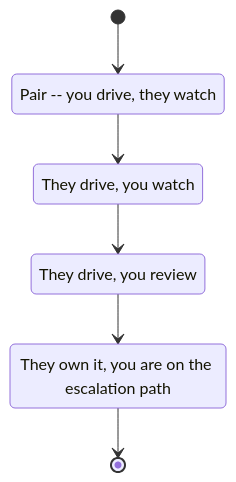
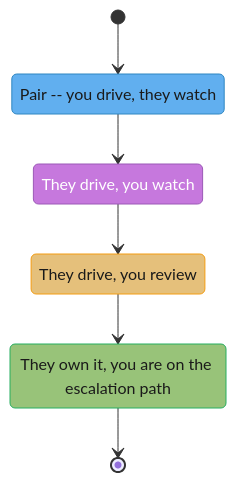
One commit to rppol/system-design changed the second of 3 diagrams in src/main/java/com/rutik/systemdesign/soft_skills/mentorship_and_sponsorship/mentorship_and_sponsorship.md. Above: the diagram before and after it, drawn with Mermaid. The commit also changed 655 other files, not shown here.

````diff
--- a/src/main/java/com/rutik/systemdesign/soft_skills/mentorship_and_sponsorship/mentorship_and_sponsorship.md
+++ b/src/main/java/com/rutik/systemdesign/soft_skills/mentorship_and_sponsorship/mentorship_and_sponsorship.md
@@ -155,13 +155,22 @@
 ```mermaid
 stateDiagram-v2
     [*] --> Pairing
     Pairing --> TheyDriveYouWatch
     TheyDriveYouWatch --> TheyDriveYouReview
     TheyDriveYouReview --> TheyOwnEscalationPath
     TheyOwnEscalationPath --> [*]
 
     Pairing: Pair -- you drive, they watch
     TheyDriveYouWatch: They drive, you watch
     TheyDriveYouReview: They drive, you review
     TheyOwnEscalationPath: They own it, you are on the escalation path
+
+    classDef info   fill:#61afef,stroke:#2e86c1,color:#1a1a1a
+    classDef accent fill:#c678dd,stroke:#9b59b6,color:#fff
+    classDef warn   fill:#e5c07b,stroke:#f39c12,color:#1a1a1a
+    classDef good   fill:#98c379,stroke:#27ae60,color:#1a1a1a
+    class Pairing info
+    class TheyDriveYouWatch accent
+    class TheyDriveYouReview warn
+    class TheyOwnEscalationPath good
 ```
````
